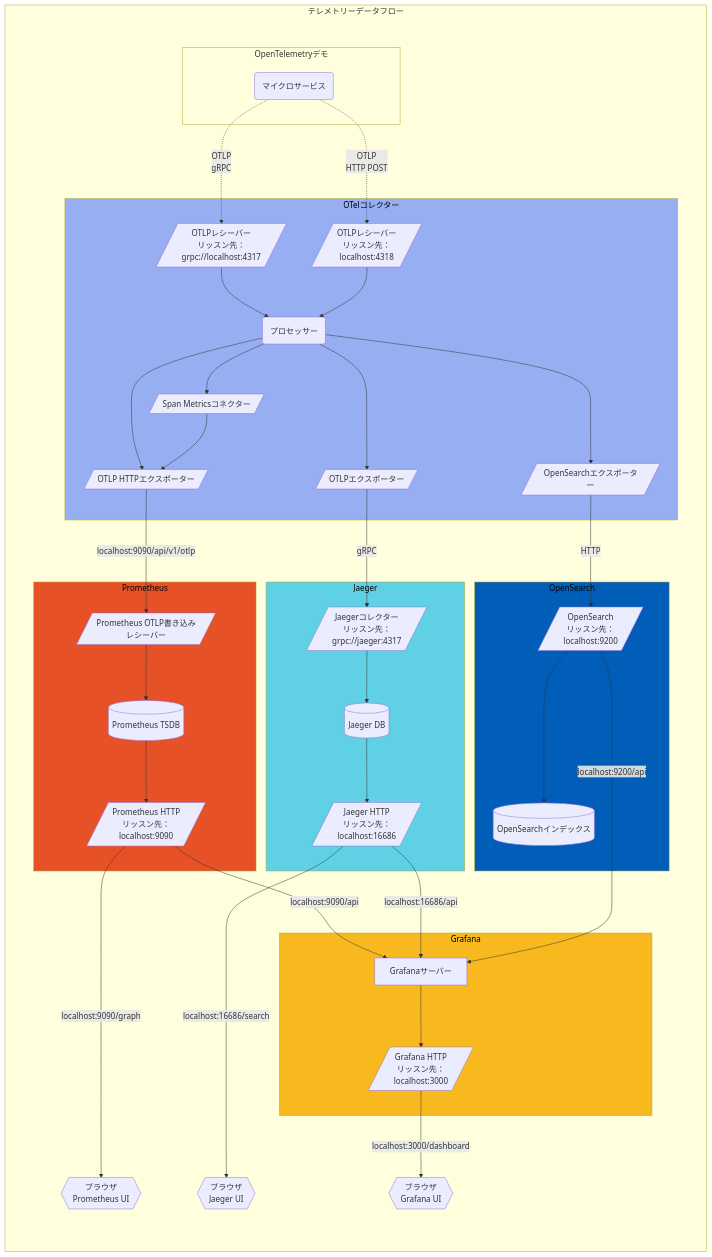
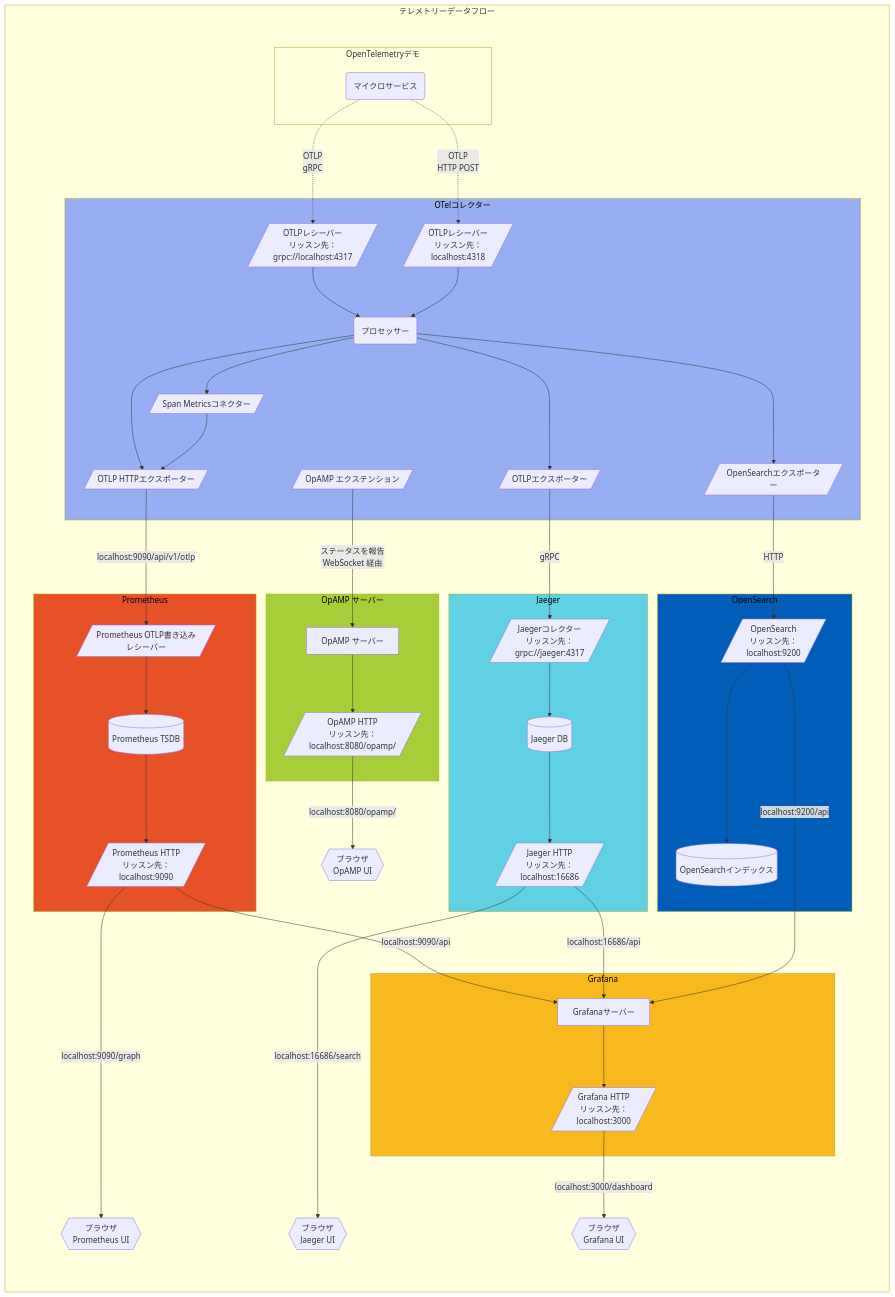
One commit to open-telemetry/opentelemetry.io changed the third of 3 diagrams in content/ja/docs/demo/architecture.md. Above: the diagram before and after it, drawn with Mermaid. The commit also changed other lines of this file, not shown here.

Commit message:
[ja] update translation of content/en/docs/demo/architecture.md

```diff
--- a/content/ja/docs/demo/architecture.md
+++ b/content/ja/docs/demo/architecture.md
@@ -162,11 +164,27 @@
            oc-proc --> oc-opensearch
            oc-proc --> oc-spanmetrics
            oc-spanmetrics --> oc-prom
+
+           oc-opamp[/"OpAMP エクステンション"/]
+
        end
 
        oc-prom -->|"localhost:9090/api/v1/otlp"| pr-sc
        oc-otlp -->|gRPC| ja-col
        oc-opensearch -->|HTTP| os-http
+
+       subgraph op[OpAMP サーバー]
+           style op fill:#a6ce39,color:black;
+           op-srv["OpAMP サーバー"]
+           op-http[/"OpAMP HTTP<br/>リッスン先：<br/>localhost:8080/opamp/"/]
+
+           op-srv --> op-http
+       end
+
+       oc-opamp -->|"ステータスを報告<br/>WebSocket 経由"| op-srv
+
+       op-b{{"ブラウザ<br/>OpAMP UI"}}
+       op-http -->|"localhost:8080/opamp/"| op-b
 
        subgraph pr[Prometheus]
            style pr fill:#e75128,color:black;
```
